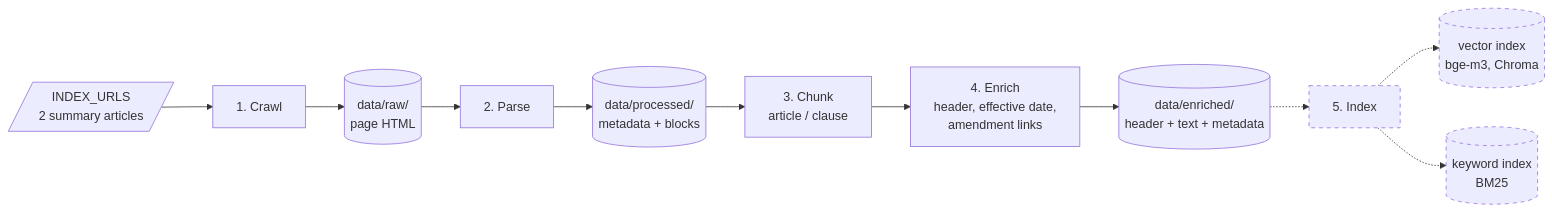
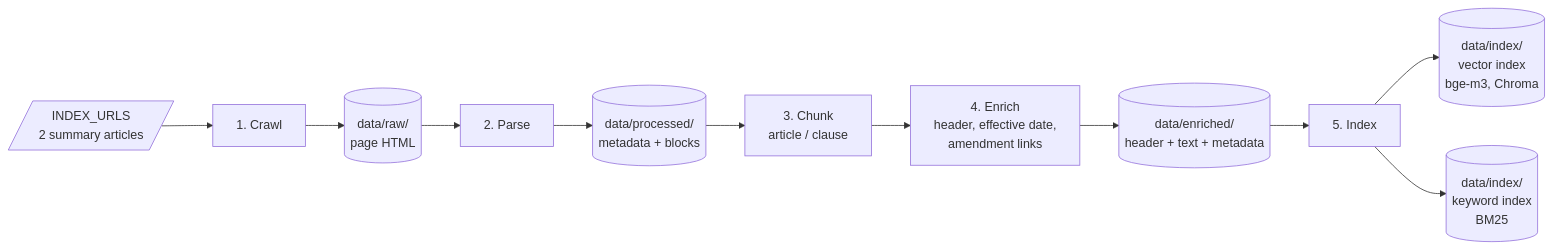
Before and after one commit to HieuQuang4438/vn-tax-law-rag: the first of 2 diagrams in docs/product/architecture.md, drawn with Mermaid. The commit also changed other lines of this file and 9 other files, not shown here.

First line of the commit message:
src: build the vector and keyword indexes and rebuild in one command

````diff
--- a/docs/product/architecture.md
+++ b/docs/product/architecture.md
@@ -22,16 +23,13 @@
 ```mermaid
 flowchart LR
     lists[/"INDEX_URLS<br/>2 summary articles"/] --> s1[1. Crawl]
     s1 --> raw[("data/raw/<br/>page HTML")]
     raw --> s2[2. Parse]
     s2 --> proc[("data/processed/<br/>metadata + blocks")]
     proc --> s3[3. Chunk<br/>article / clause]
     s3 --> s4[4. Enrich<br/>header, effective date,<br/>amendment links]
     s4 --> chunks[("data/enriched/<br/>header + text + metadata")]
-    chunks -.-> s5[5. Index]
-    s5 -.-> vec[("vector index<br/>bge-m3, Chroma")]
-    s5 -.-> kw[("keyword index<br/>BM25")]
-
-    classDef planned stroke-dasharray: 5 5
-    class s5,vec,kw planned
+    chunks --> s5[5. Index]
+    s5 --> vec[("data/index/<br/>vector index<br/>bge-m3, Chroma")]
+    s5 --> kw[("data/index/<br/>keyword index<br/>BM25")]
 ```
````
